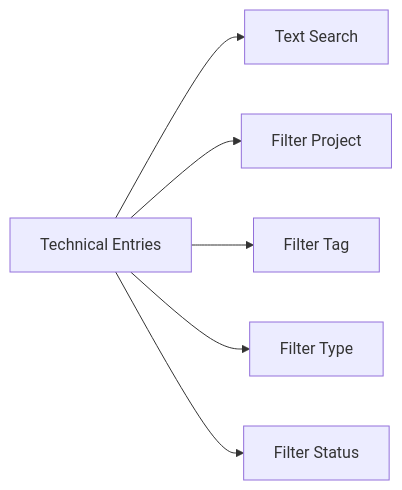
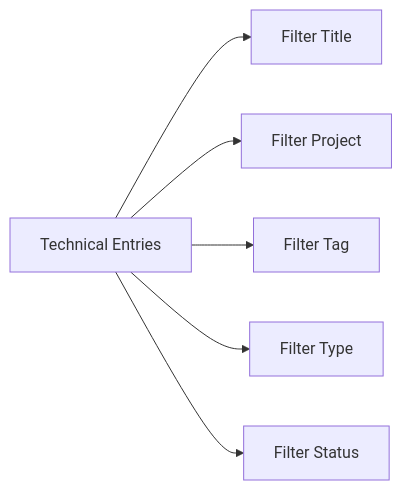
Before and after one commit to Lucalopezz/DevLog: the tenth of 14 diagrams in docs/usecases/cases.md, drawn with Mermaid. The commit also changed other lines of this file and 2 other files, not shown here.

Commit message:
docs: update technical entry backlog and search contract

````diff
--- a/docs/usecases/cases.md
+++ b/docs/usecases/cases.md
@@ -629,10 +629,10 @@
 ```mermaid
 flowchart LR
     Entries[Technical Entries]
 
-    Entries --> Search[Text Search]
+    Entries --> Title[Filter Title]
     Entries --> Project[Filter Project]
     Entries --> Tag[Filter Tag]
     Entries --> Type[Filter Type]
     Entries --> Status[Filter Status]
 ```
````
